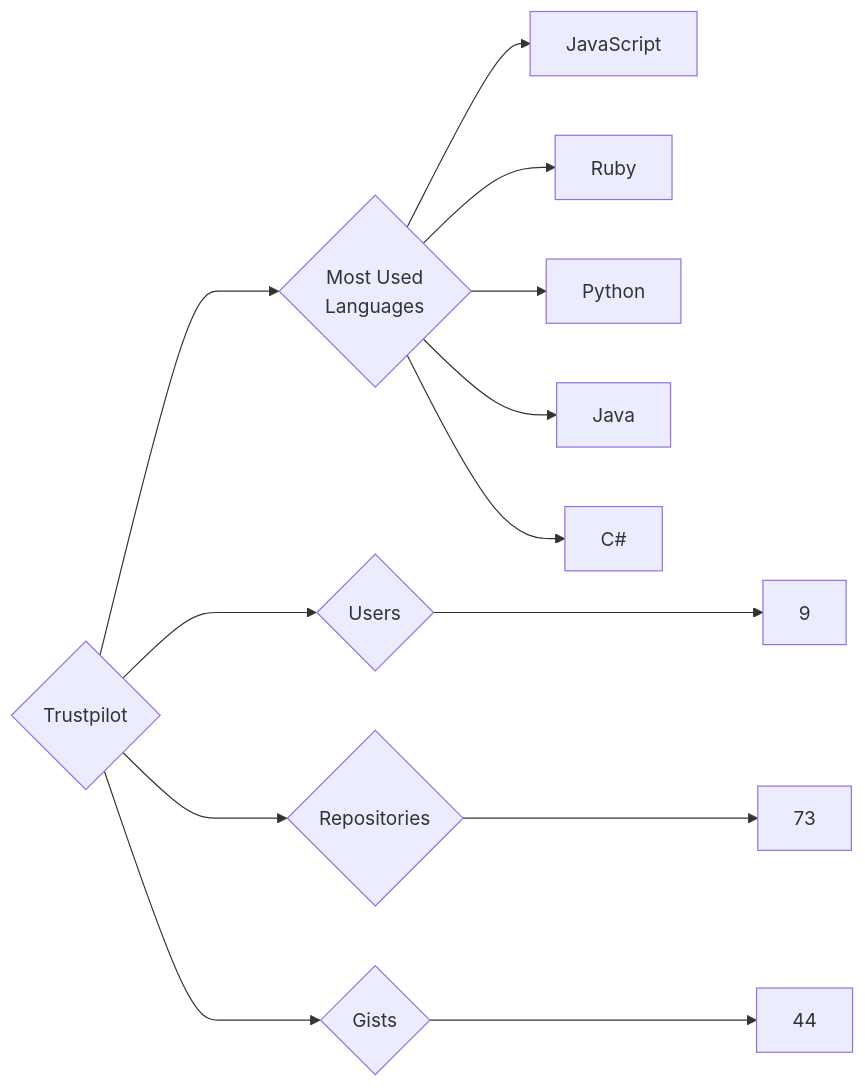
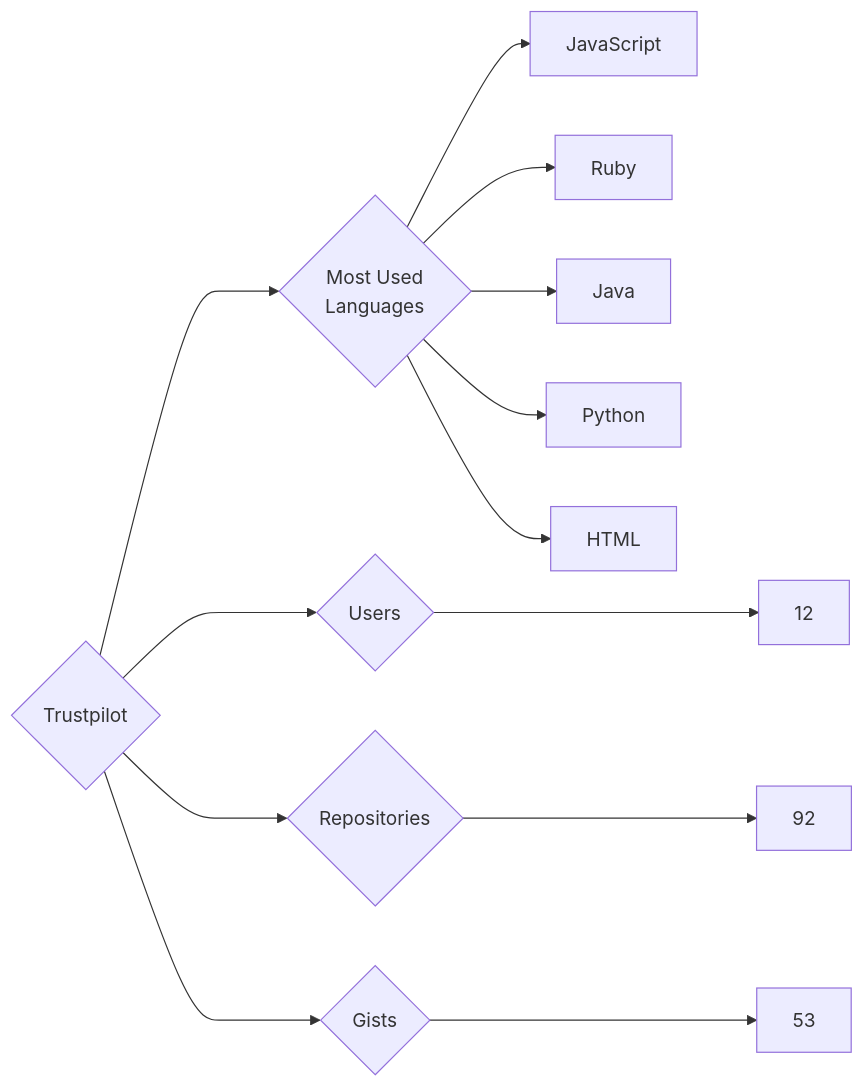
One commit to trickest/insiders changed the diagram in targets/Trustpilot/README.md. Above: the diagram before and after it, drawn with Mermaid. The commit also changed 912 other files, not shown here.

````diff
--- a/targets/Trustpilot/README.md
+++ b/targets/Trustpilot/README.md
@@ -3,13 +3,13 @@
 ```mermaid
 graph LR
 COMPANY_NAME{Trustpilot}
-COMPANY_NAME ---> U{Users} ---> UN[9]
-COMPANY_NAME ---> R{Repositories} ---> RN[73]
-COMPANY_NAME ---> G{Gists} ---> GN[44]
+COMPANY_NAME ---> U{Users} ---> UN[12]
+COMPANY_NAME ---> R{Repositories} ---> RN[92]
+COMPANY_NAME ---> G{Gists} ---> GN[53]
 COMPANY_NAME ---> ML{Most Used<br>Languages}
 ML --> JavaScript[JavaScript]
 ML --> Ruby[Ruby]
+ML --> Java[Java]
 ML --> Python[Python]
-ML --> Java[Java]
-ML --> C#[C#]
+ML --> HTML[HTML]
 ```
````
